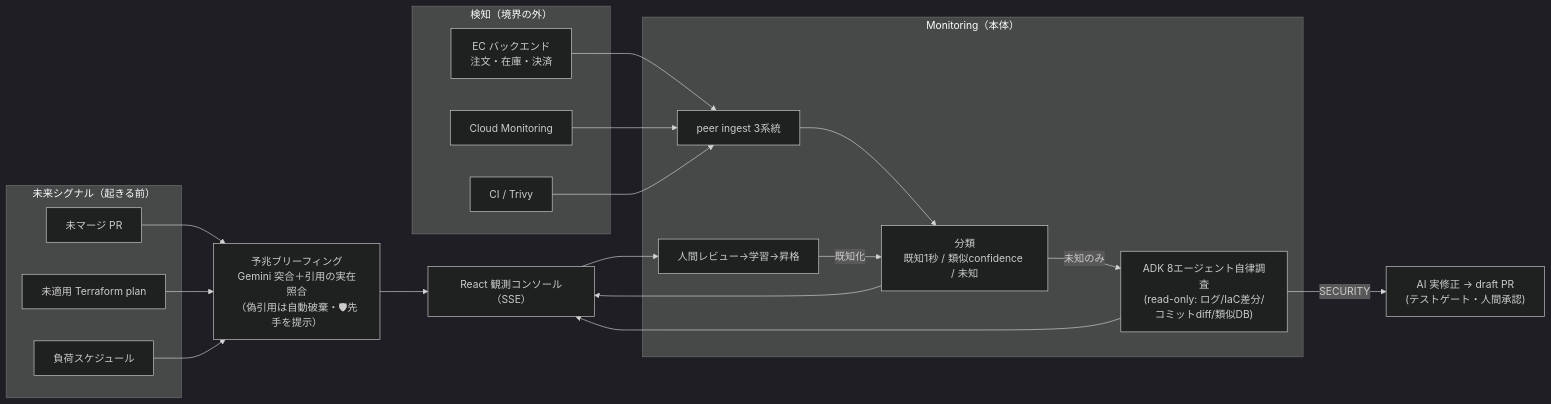
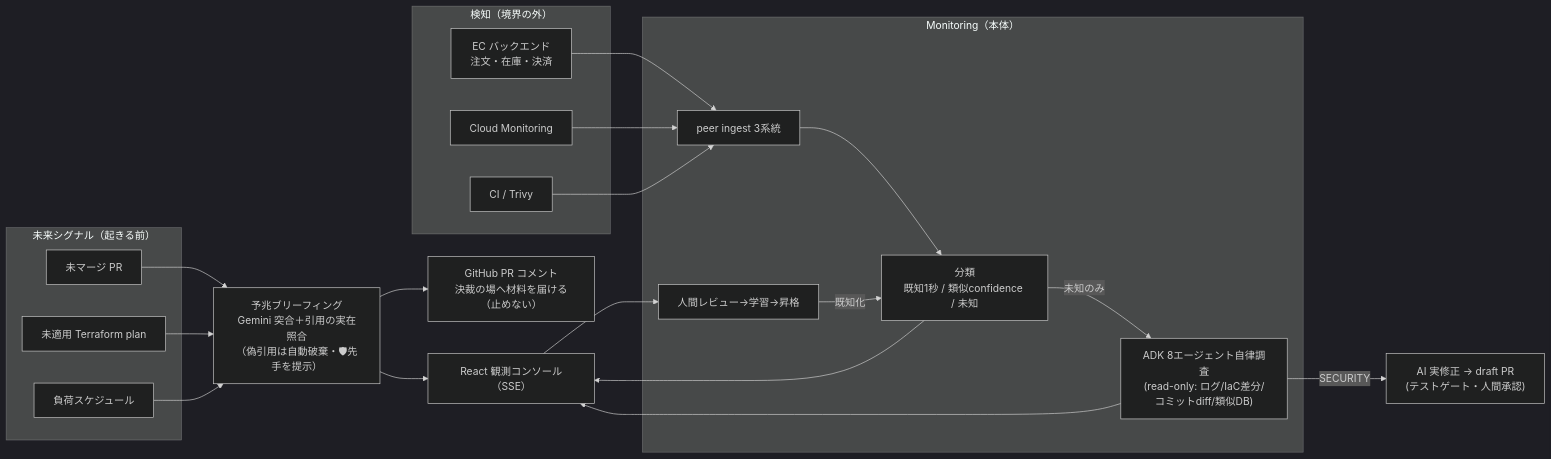
The diagram in README.md (nagoyamanaka/ec-monitoring-agent), drawn with Mermaid (dark theme) before and after one commit. The commit also changed other lines of this file and 6 other files, not shown here.

````diff
--- a/README.md
+++ b/README.md
@@ -40,28 +43,30 @@
 ```mermaid
 flowchart LR
   subgraph future["未来シグナル（起きる前）"]
     PR["未マージ PR"]
     PLAN["未適用 Terraform plan"]
     SCH["負荷スケジュール"]
   end
   FC["予兆ブリーフィング<br/>Gemini 突合＋引用の実在照合<br/>（偽引用は自動破棄・🛡先手を提示）"]
+  PRC["GitHub PR コメント<br/>決裁の場へ材料を届ける（止めない）"]
   subgraph detect["検知（境界の外）"]
     EC["EC バックエンド<br/>注文・在庫・決済"]
     CM["Cloud Monitoring"]
     CI["CI / Trivy"]
   end
   subgraph mon["Monitoring（本体）"]
     ING["peer ingest 3系統"]
     CLS["分類<br/>既知1秒 / 類似confidence / 未知"]
     ADK["ADK 8エージェント自律調査<br/>(read-only: ログ/IaC差分/コミットdiff/類似DB)"]
     FB["人間レビュー→学習→昇格"]
   end
   UI["React 観測コンソール（SSE）"]
   REM["AI 実修正 → draft PR<br/>(テストゲート・人間承認)"]
 
   PR & PLAN & SCH --> FC --> UI
+  FC --> PRC
   EC & CM & CI --> ING --> CLS
   CLS -->|未知のみ| ADK --> UI
   CLS --> UI --> FB -->|既知化| CLS
   ADK -->|SECURITY| REM
 ```
````
